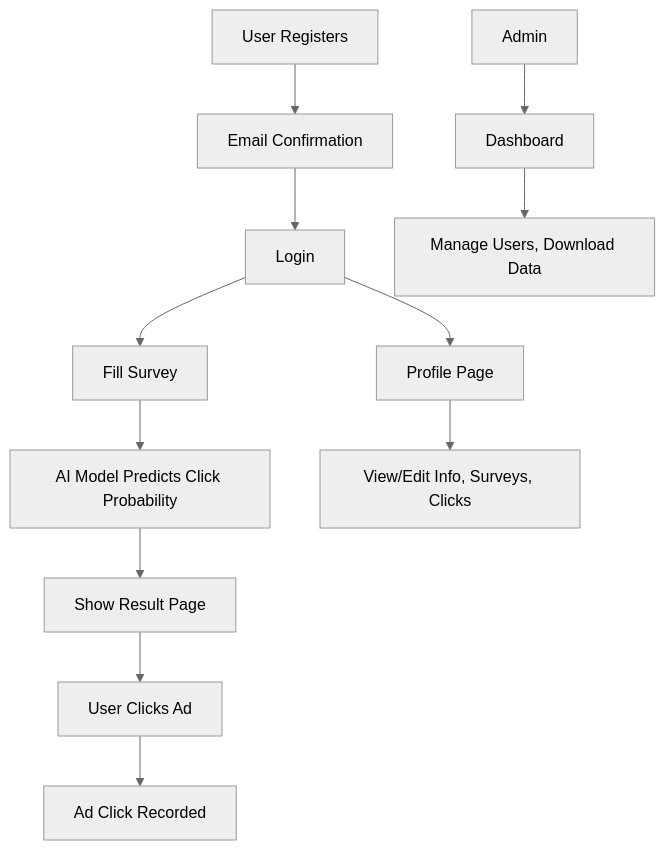
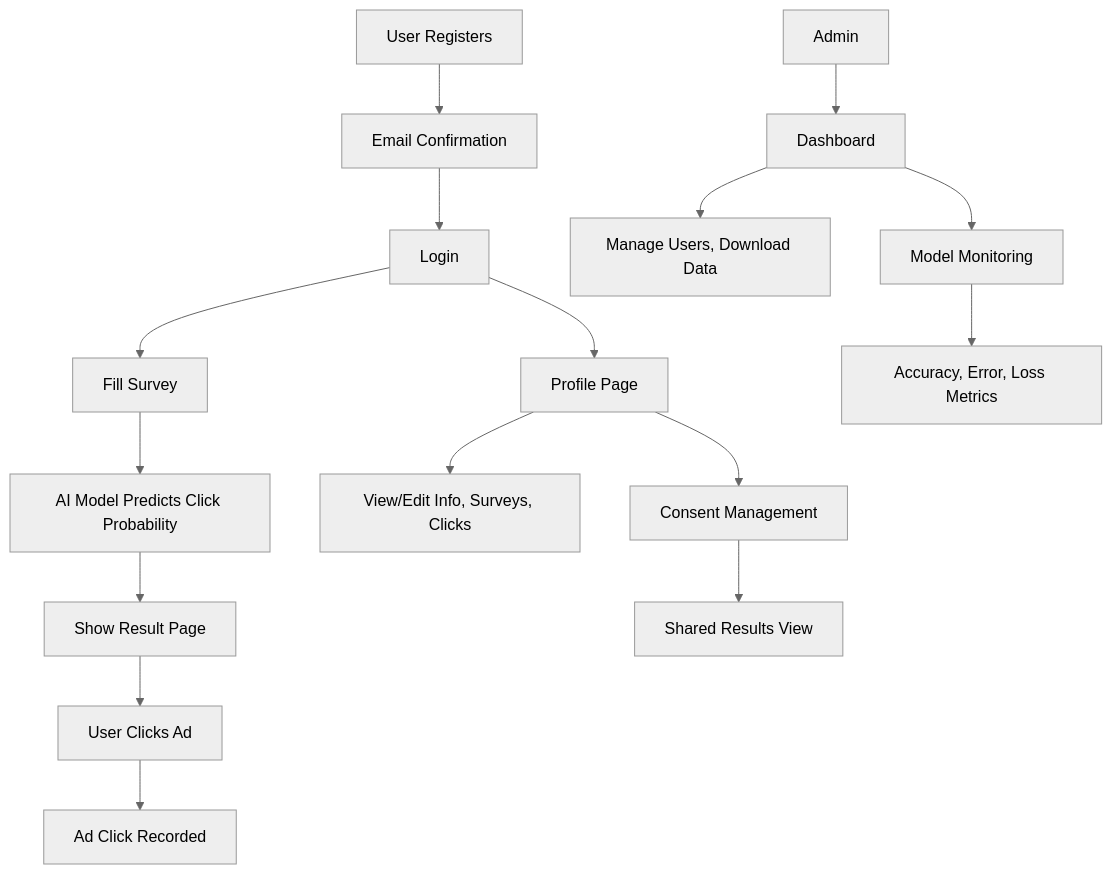
Before and after one commit to codingburgas/2425-11-b-pp-student-practices-assignment-ATSivkov21: the diagram in README.md, drawn with Mermaid (neutral theme). The commit also changed other lines of this file and 39 other files, not shown here.

````diff
--- a/README.md
+++ b/README.md
@@ -14,14 +16,18 @@
 ```mermaid
 graph TD
     A[User Registers] --> B[Email Confirmation]
     B --> C[Login]
     C --> D[Fill Survey]
     D --> E[AI Model Predicts Click Probability]
     E --> F[Show Result Page]
     F --> G[User Clicks Ad]
     G --> H[Ad Click Recorded]
     C --> I[Profile Page]
     I --> J[View/Edit Info, Surveys, Clicks]
-    K[Admin] --> L[Dashboard]
-    L --> M[Manage Users, Download Data]
+    I --> K[Consent Management]
+    K --> L[Shared Results View]
+    M[Admin] --> N[Dashboard]
+    N --> O[Manage Users, Download Data]
+    N --> P[Model Monitoring]
+    P --> Q[Accuracy, Error, Loss Metrics]
 ```
````
